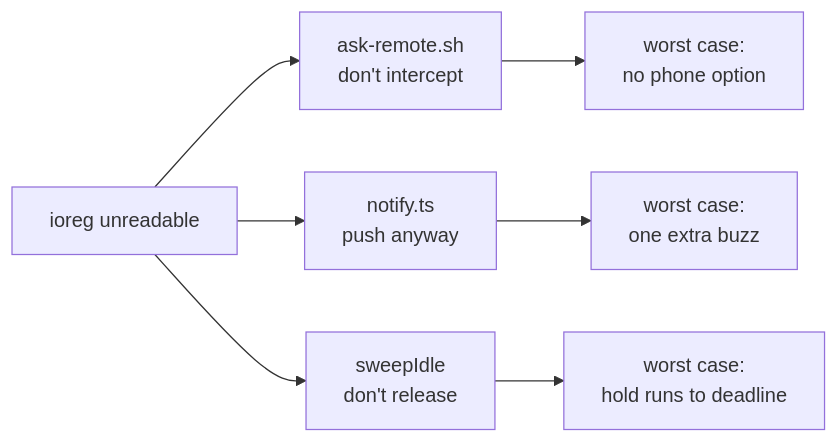
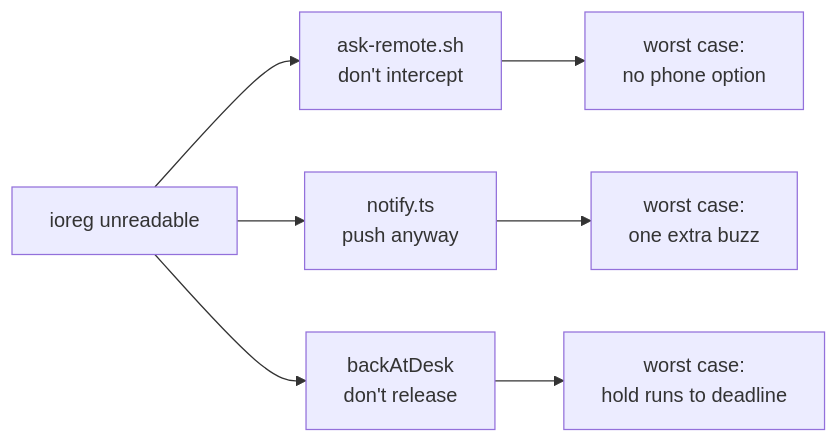
The second of 2 diagrams in docs/guides/learning/hooks/guide/fail-open.md (futin/claude-agents-dashboard), drawn with Mermaid before and after one commit. The commit also changed other lines of this file and 51 other files, not shown here.

````diff
--- a/docs/guides/learning/hooks/guide/fail-open.md
+++ b/docs/guides/learning/hooks/guide/fail-open.md
@@ -160,9 +163,9 @@
 ```mermaid
 flowchart LR
     S["ioreg unreadable"] --> A["ask-remote.sh<br/>don't intercept"]
     S --> B["notify.ts<br/>push anyway"]
-    S --> C["sweepIdle<br/>don't release"]
+    S --> C["backAtDesk<br/>don't release"]
     A --> A2["worst case:<br/>no phone option"]
     B --> B2["worst case:<br/>one extra buzz"]
     C --> C2["worst case:<br/>hold runs to deadline"]
 ```
````
